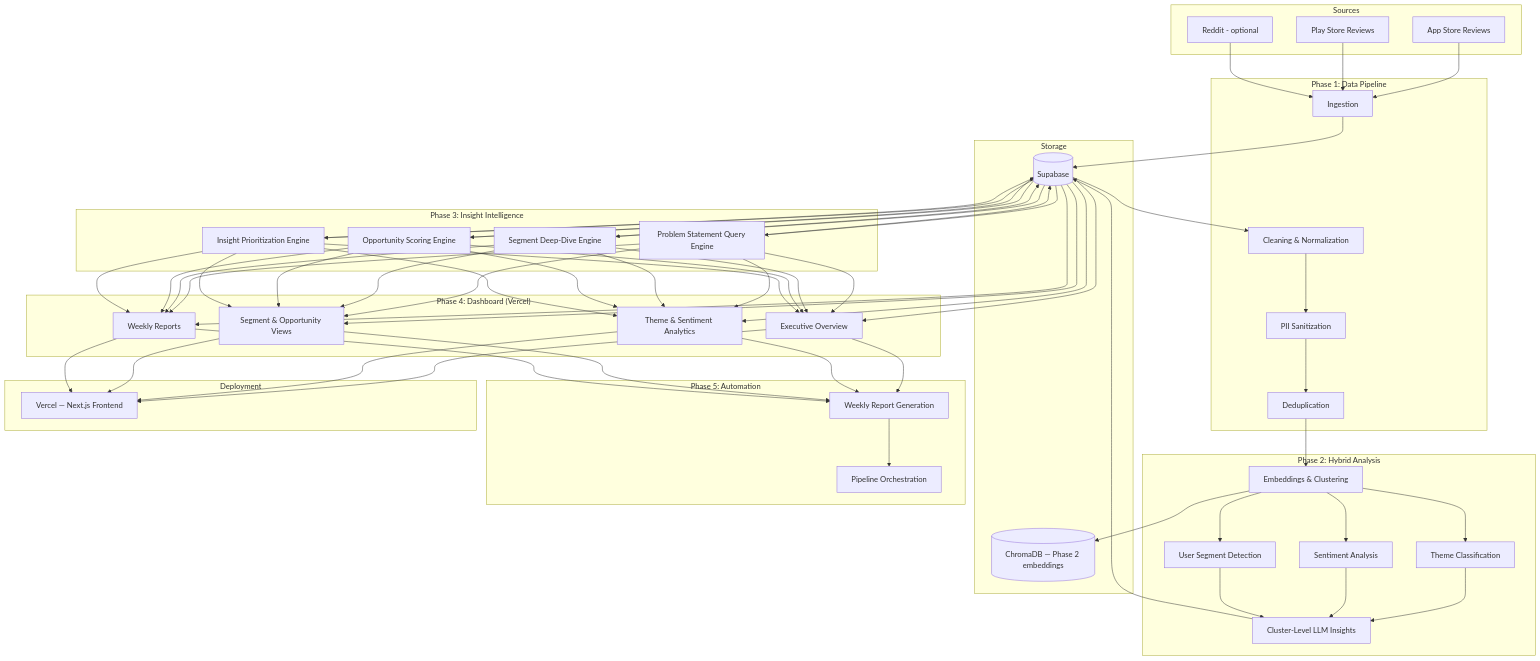
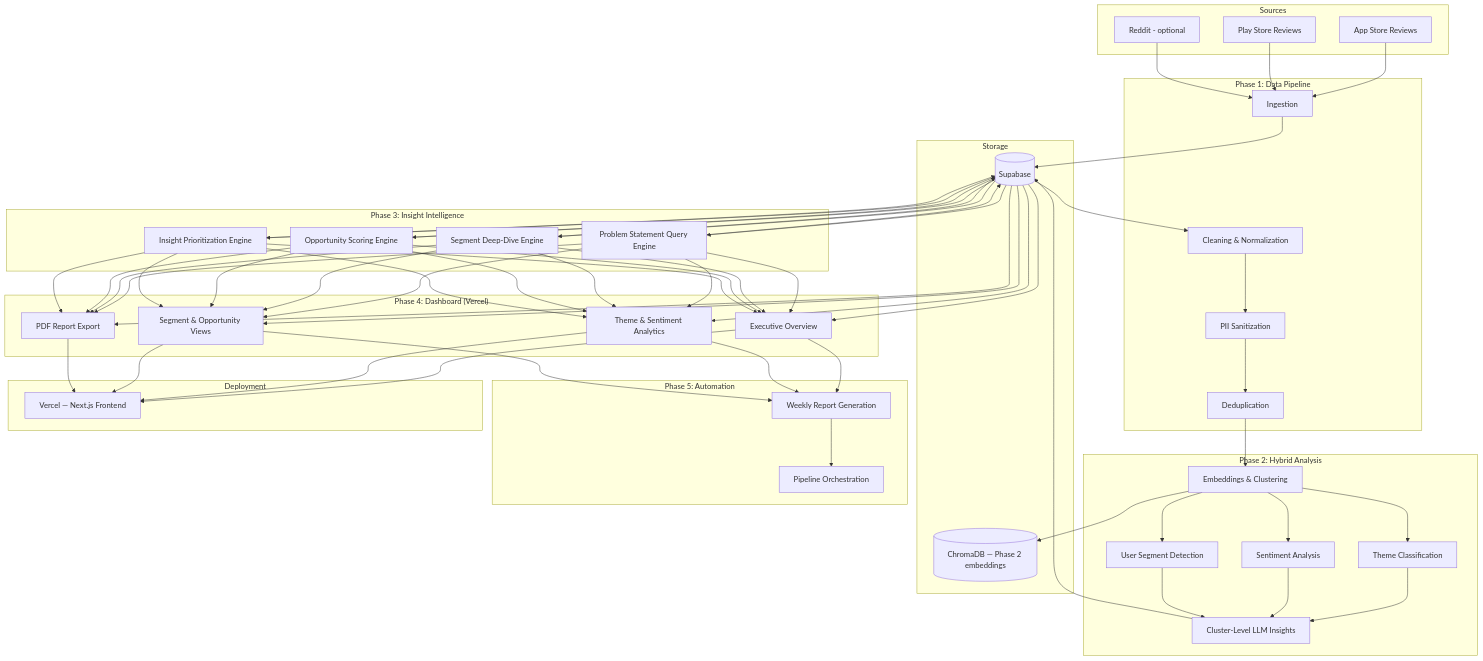
The first of 2 diagrams in DOCS/architecture.md (subramanyacharan/spotify-analyzer-), drawn with Mermaid before and after one commit. The commit also changed other lines of this file and 17 other files, not shown here.

````diff
--- a/DOCS/architecture.md
+++ b/DOCS/architecture.md
@@ -36,62 +36,62 @@
 ```mermaid
 graph TD
     subgraph Sources
         A1[App Store Reviews]
         A2[Play Store Reviews]
         A3[Reddit - optional]
     end
 
     subgraph "Phase 1: Data Pipeline"
         B1[Ingestion]
         B2[Cleaning & Normalization]
         B3[PII Sanitization]
         B4[Deduplication]
     end
 
     subgraph Storage
         S1[(Supabase)]
         S2[(ChromaDB — Phase 2 embeddings)]
     end
 
     subgraph "Phase 2: Hybrid Analysis"
         C1[Embeddings & Clustering]
         C2[Theme Classification]
         C3[Sentiment Analysis]
         C4[User Segment Detection]
         C5[Cluster-Level LLM Insights]
     end
 
     subgraph "Phase 3: Insight Intelligence"
         D1[Problem Statement Query Engine]
         D2[Segment Deep-Dive Engine]
         D3[Opportunity Scoring Engine]
         D4[Insight Prioritization Engine]
     end
 
     subgraph "Phase 4: Dashboard (Vercel)"
         E1[Executive Overview]
         E2[Theme & Sentiment Analytics]
         E3[Segment & Opportunity Views]
-        E4[Weekly Reports]
+        E5[PDF Report Export]
     end
 
     subgraph "Phase 5: Automation"
         F1[Weekly Report Generation]
         F2[Pipeline Orchestration]
     end
 
     subgraph "Deployment"
         V1[Vercel — Next.js Frontend]
     end
 
     A1 & A2 & A3 --> B1 --> S1
     S1 --> B2 --> B3 --> B4 --> C1
     C1 --> S2
     C1 --> C2 & C3 & C4 --> C5 --> S1
     S1 --> D1 & D2 & D3 & D4 --> S1
-    S1 --> E1 & E2 & E3 & E4
-    D1 & D2 & D3 & D4 --> E1 & E2 & E3 & E4
-    E1 & E2 & E3 & E4 --> V1
-    E1 & E2 & E3 & E4 --> F1
+    S1 --> E1 & E2 & E3 & E5
+    D1 & D2 & D3 & D4 --> E1 & E2 & E3 & E5
+    E1 & E2 & E3 & E5 --> V1
+    E1 & E2 & E3 --> F1
     F1 --> F2
 ```
````
